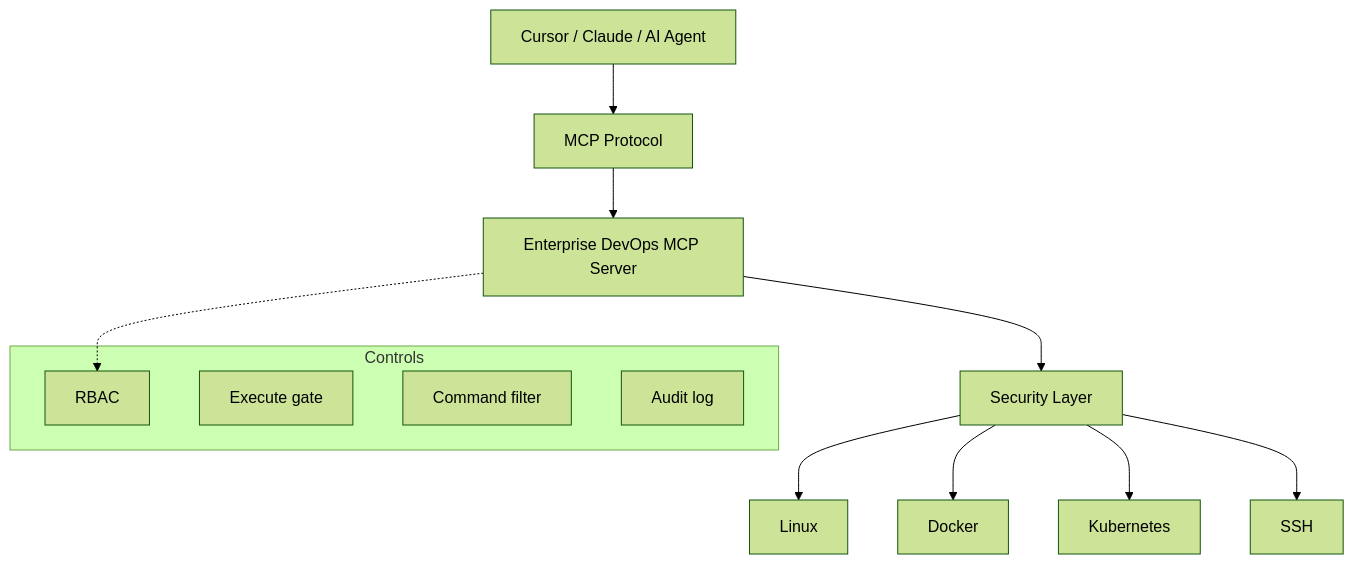
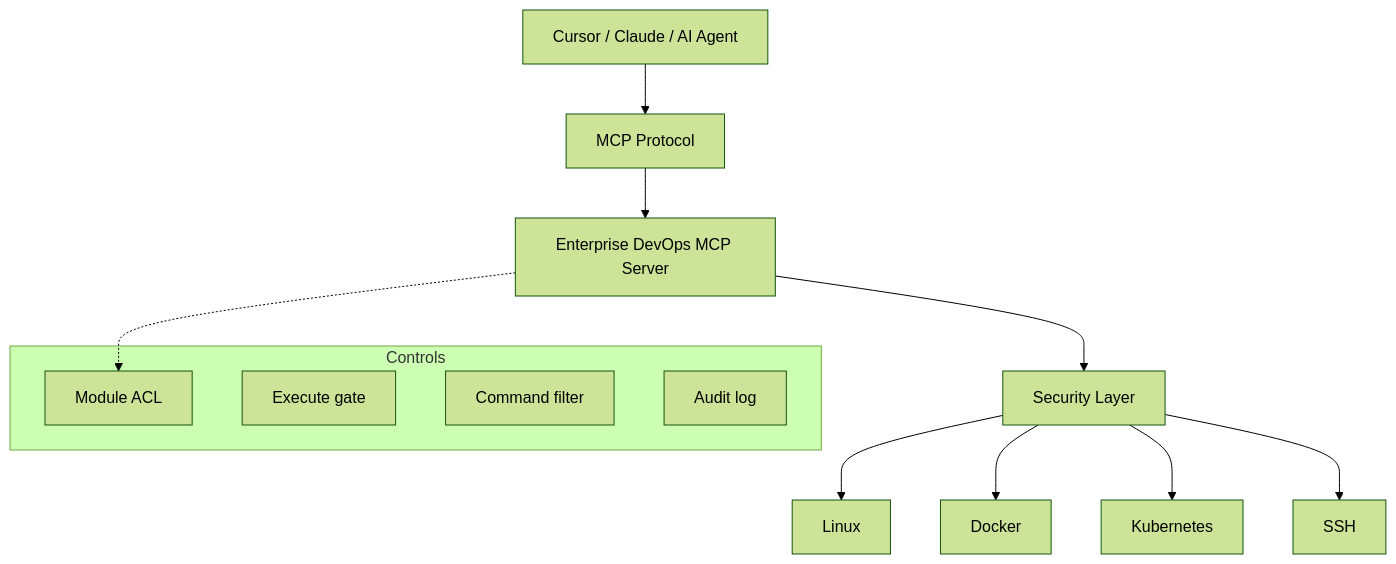
The diagram in README.md (zhifengjin050-arch/enterprise-devops-mcp-server), drawn with Mermaid (forest theme) before and after one commit. The commit also changed other lines of this file and 19 other files, not shown here.

````diff
--- a/README.md
+++ b/README.md
@@ -74,18 +75,18 @@
 ```mermaid
 flowchart TB
     Client[Cursor / Claude / AI Agent]
     Client --> MCP[MCP Protocol]
     MCP --> Server[Enterprise DevOps MCP Server]
     Server --> Sec[Security Layer]
     Sec --> Sys[Linux]
     Sec --> Dock[Docker]
     Sec --> K8s[Kubernetes]
     Sec --> SSH[SSH]
     subgraph sec [Controls]
-      P[RBAC]
+      P[Module ACL]
       E[Execute gate]
       F[Command filter]
       A[Audit log]
     end
     Server -.-> P
 ```
````
